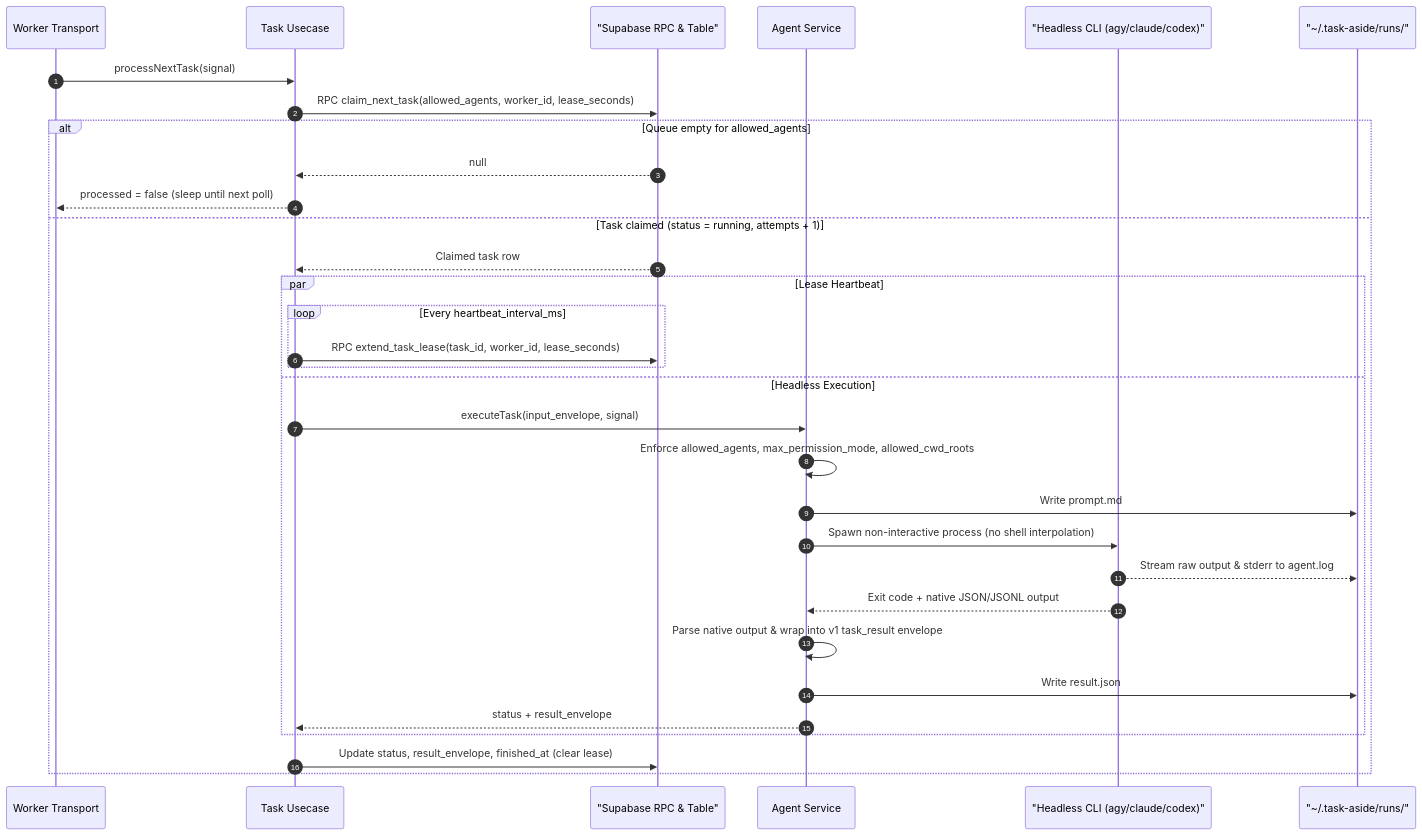
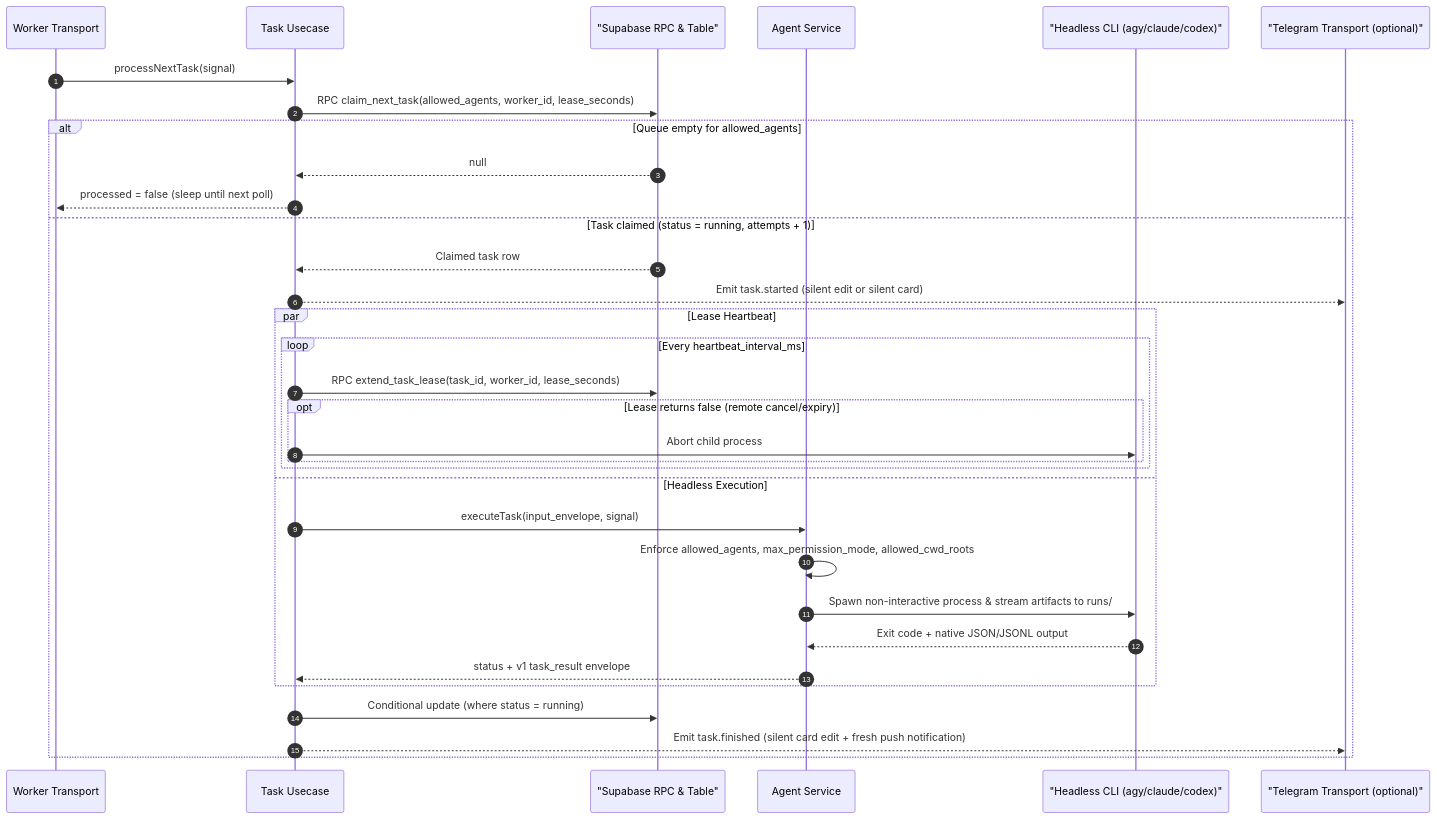
Before and after one commit to anlew2k2/task-aside: the diagram in docs/seq-worker-execution.md, drawn with Mermaid. The commit also changed other lines of this file and 21 other files, not shown here.

````diff
--- a/docs/seq-worker-execution.md
+++ b/docs/seq-worker-execution.md
@@ -7,35 +7,36 @@
 ```mermaid
 sequenceDiagram
   autonumber
   participant W as Worker Transport
   participant U as Task Usecase
   participant DB as "Supabase RPC & Table"
   participant A as Agent Service
   participant CLI as "Headless CLI (agy/claude/codex)"
-  participant FS as "~/.task-aside/runs/"
+  participant TG as "Telegram Transport (optional)"
 
   W->>U: processNextTask(signal)
   U->>DB: RPC claim_next_task(allowed_agents, worker_id, lease_seconds)
   alt Queue empty for allowed_agents
     DB-->>U: null
     U-->>W: processed = false (sleep until next poll)
   else Task claimed (status = running, attempts + 1)
     DB-->>U: Claimed task row
+    U-->>TG: Emit task.started (silent edit or silent card)
     par Lease Heartbeat
       loop Every heartbeat_interval_ms
         U->>DB: RPC extend_task_lease(task_id, worker_id, lease_seconds)
+        opt Lease returns false (remote cancel/expiry)
+          U->>CLI: Abort child process
+        end
       end
     and Headless Execution
       U->>A: executeTask(input_envelope, signal)
       A->>A: Enforce allowed_agents, max_permission_mode, allowed_cwd_roots
-      A->>FS: Write prompt.md
-      A->>CLI: Spawn non-interactive process (no shell interpolation)
-      CLI-->>FS: Stream raw output & stderr to agent.log
+      A->>CLI: Spawn non-interactive process & stream artifacts to runs/
       CLI-->>A: Exit code + native JSON/JSONL output
-      A->>A: Parse native output & wrap into v1 task_result envelope
-      A->>FS: Write result.json
-      A-->>U: status + result_envelope
+      A-->>U: status + v1 task_result envelope
     end
-    U->>DB: Update status, result_envelope, finished_at (clear lease)
+    U->>DB: Conditional update (where status = running)
+    U-->>TG: Emit task.finished (silent card edit + fresh push notification)
   end
 ```
````
